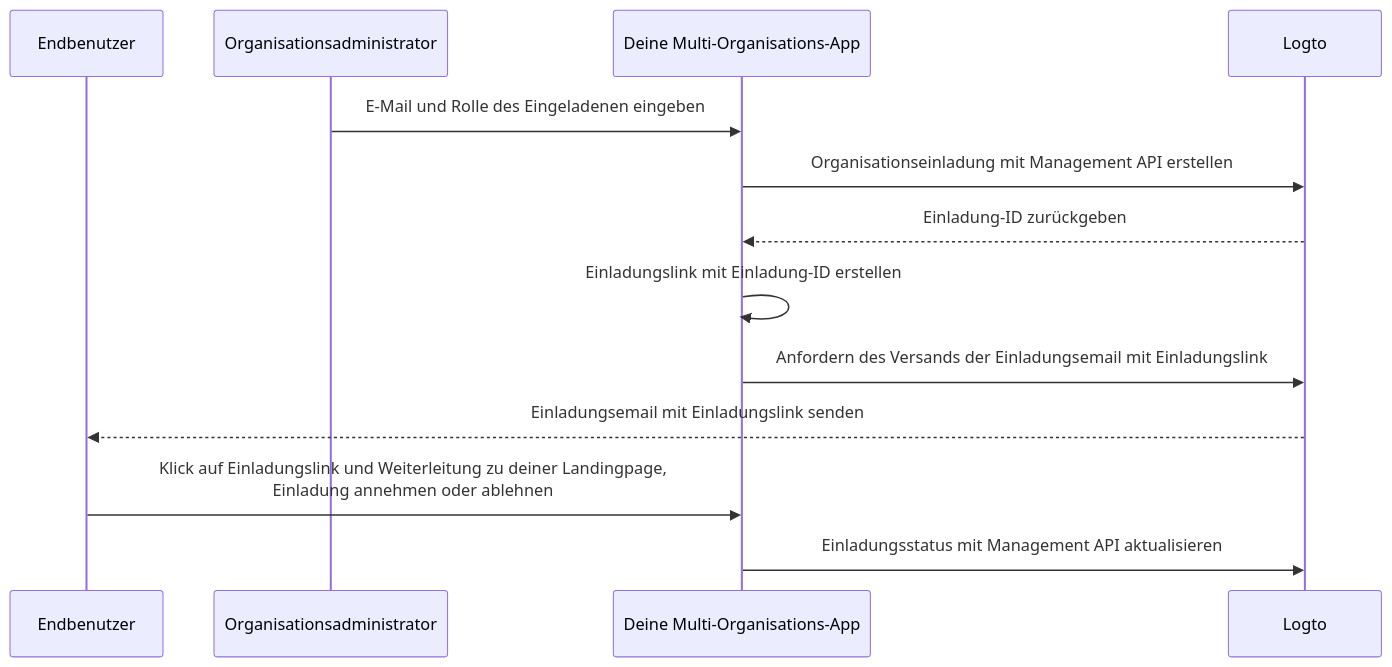
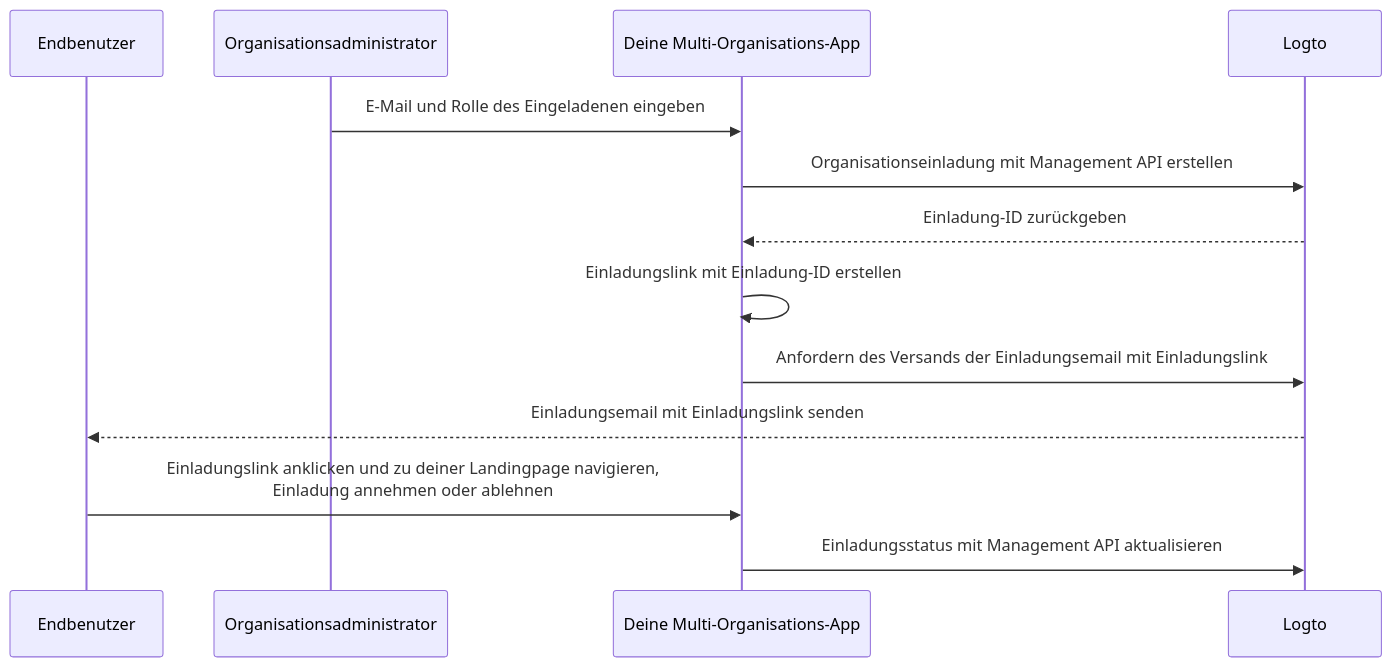
One commit to logto-io/docs changed the diagram in i18n/de/docusaurus-plugin-content-docs/current/end-user-flows/organization-experience/invite-organization-members.mdx. Above: the diagram before and after it, drawn with Mermaid. The commit also changed other lines of this file and 35 other files, not shown here.

````diff
--- a/i18n/de/docusaurus-plugin-content-docs/current/end-user-flows/organization-experience/invite-organization-members.mdx
+++ b/i18n/de/docusaurus-plugin-content-docs/current/end-user-flows/organization-experience/invite-organization-members.mdx
@@ -13,16 +13,16 @@
 ```mermaid
 sequenceDiagram
 	Participant U as Endbenutzer
   Participant A as Organisationsadministrator
   Participant C as Deine Multi-Organisations-App
 	Participant L as Logto
 
   A ->> C: E-Mail und Rolle des Eingeladenen eingeben
   C ->> L: Organisationseinladung mit Management API erstellen
   L -->> C: Einladung-ID zurückgeben
   C ->> C: Einladungslink mit Einladung-ID erstellen
   C ->> L: Anfordern des Versands der Einladungsemail mit Einladungslink
   L -->> U: Einladungsemail mit Einladungslink senden
-  U ->> C: Klick auf Einladungslink und Weiterleitung zu deiner Landingpage,<br /> Einladung annehmen oder ablehnen
+  U ->> C: Einladungslink anklicken und zu deiner Landingpage navigieren,<br /> Einladung annehmen oder ablehnen
   C ->> L: Einladungsstatus mit Management API aktualisieren
 ```
````
